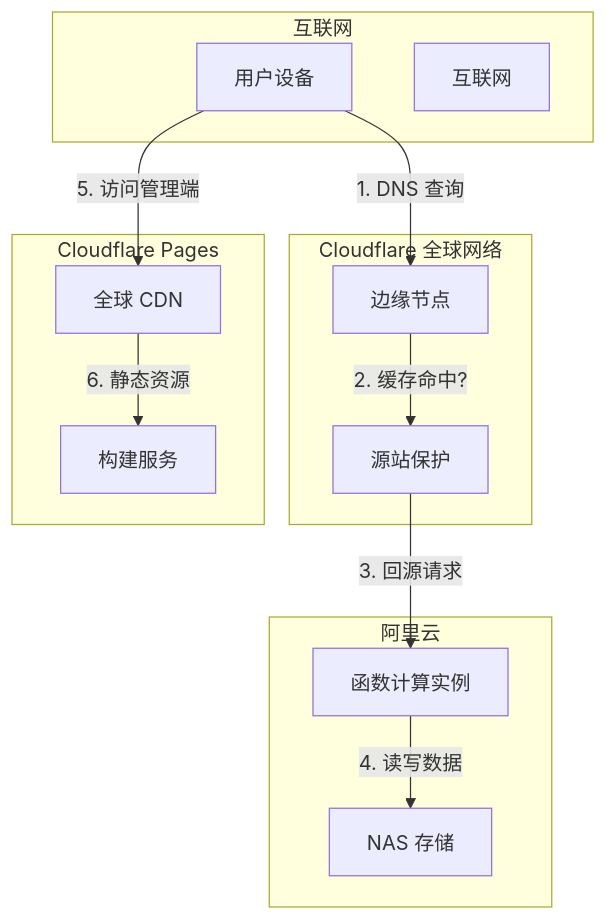
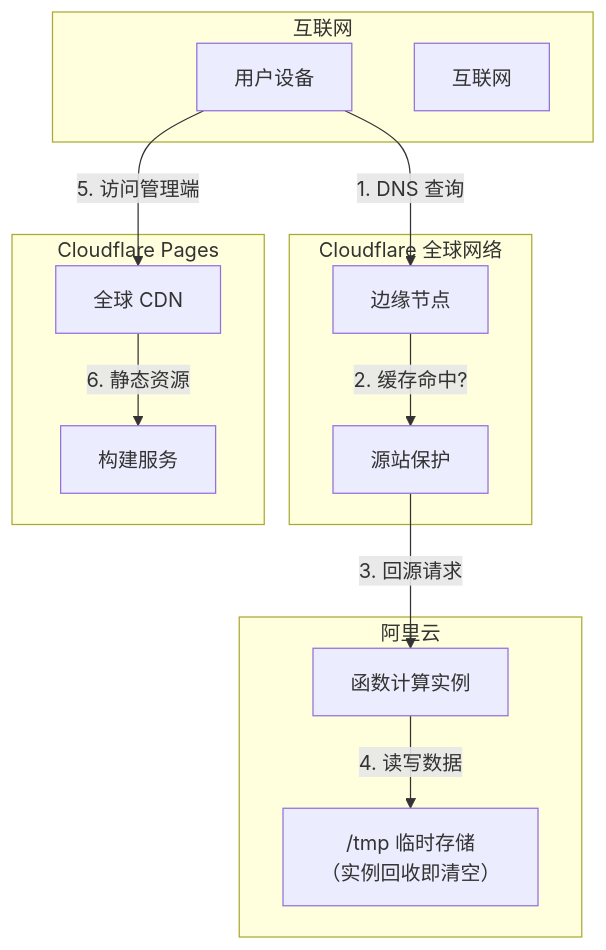
Before and after one commit to daizihan233/AstraScheduleDocs: the fourth of 5 diagrams in docs/guide/lowcost/architecture.md, drawn with Mermaid. The commit also changed other lines of this file and 103 other files, not shown here.

````diff
--- a/docs/guide/lowcost/architecture.md
+++ b/docs/guide/lowcost/architecture.md
@@ -101,29 +104,29 @@
 ```mermaid
 graph TB
     subgraph "互联网"
         User["用户设备"]
         Internet["互联网"]
     end
     
     subgraph "Cloudflare 全球网络"
         Edge["边缘节点"]
         Origin["源站保护"]
     end
     
     subgraph "阿里云"
         FC["函数计算实例"]
-        Storage["NAS 存储"]
+        Storage["/tmp 临时存储<br/>（实例回收即清空）"]
     end
     
     subgraph "Cloudflare Pages"
         CDN["全球 CDN"]
         Build["构建服务"]
     end
     
     User -->|"1. DNS 查询"| Edge
     Edge -->|"2. 缓存命中?"| Origin
     Origin -->|"3. 回源请求"| FC
     FC -->|"4. 读写数据"| Storage
     User -->|"5. 访问管理端"| CDN
     CDN -->|"6. 静态资源"| Build
 ```
````
